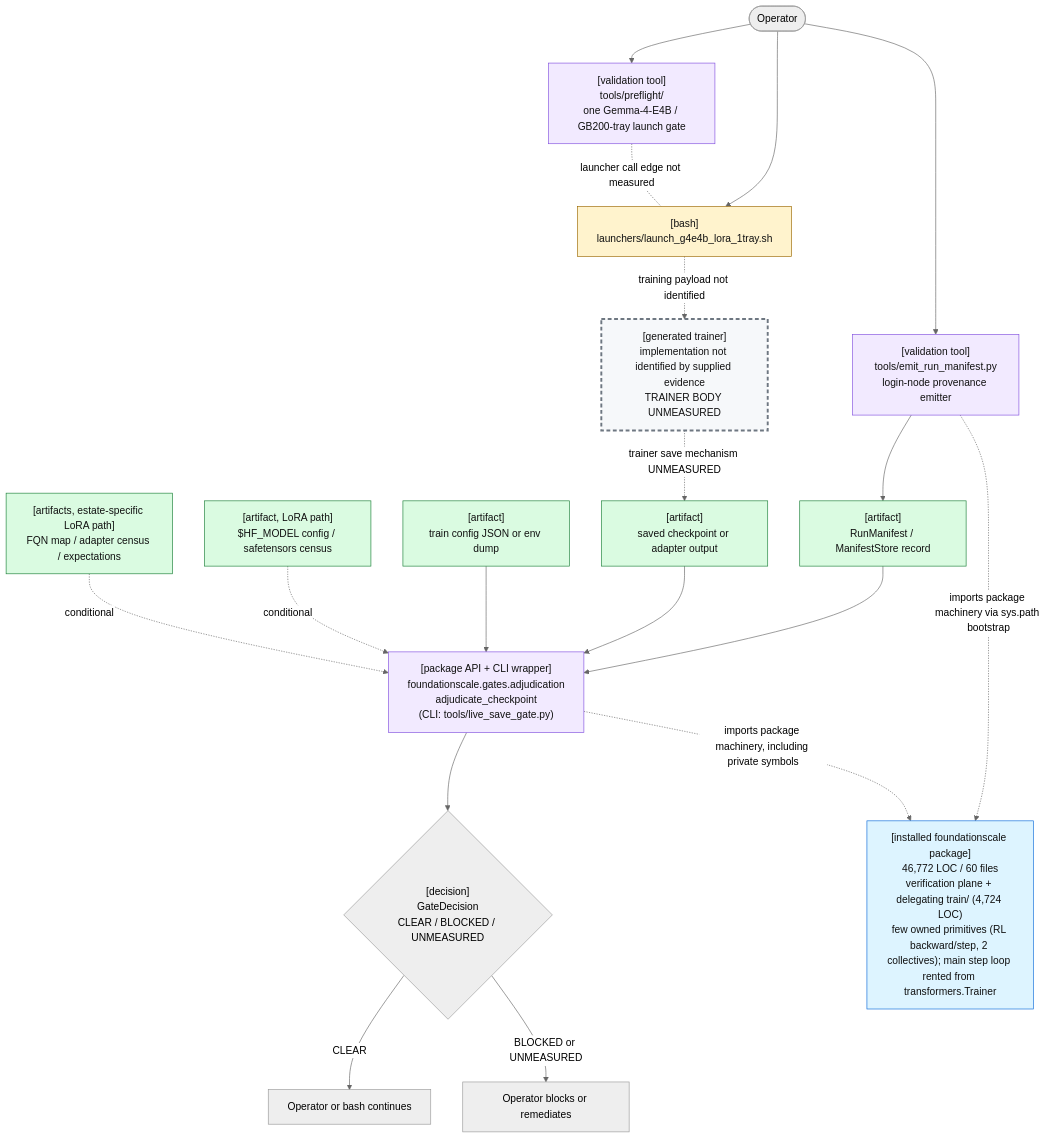
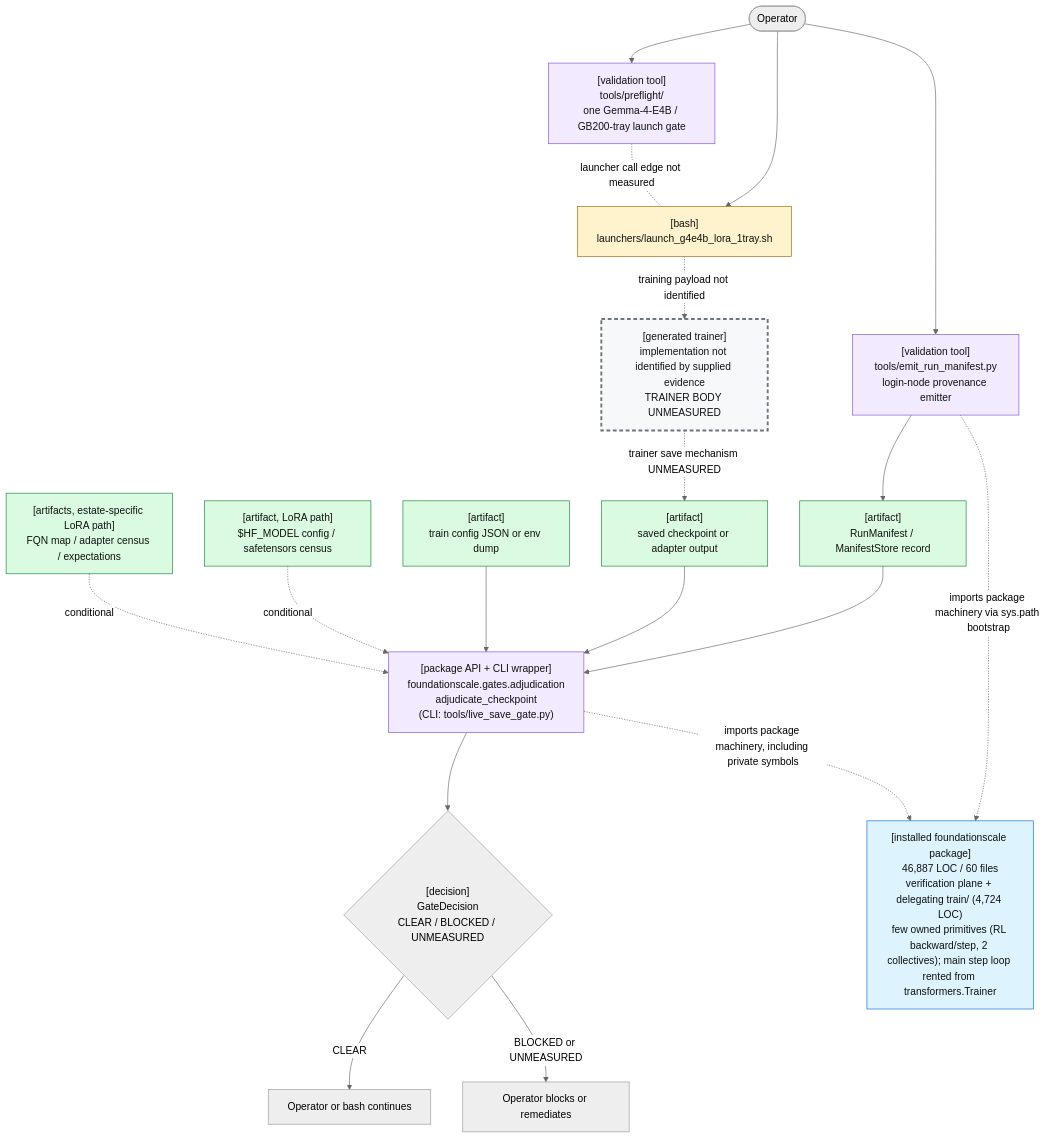
Before and after one commit to TranNhiem/FoundationScale: the first of 2 diagrams in docs/review/D2_current_architecture.md, drawn with Mermaid (neutral theme). The commit also changed other lines of this file and 15 other files, not shown here.

````diff
--- a/docs/review/D2_current_architecture.md
+++ b/docs/review/D2_current_architecture.md
@@ -25,59 +25,59 @@
 ```mermaid
 flowchart TB
   O(["Operator"])
 
   PF["[validation tool]<br/>tools/preflight/<br/>one Gemma-4-E4B / GB200-tray launch gate"]
   L["[bash]<br/>launchers/launch_g4e4b_lora_1tray.sh"]
 
   E["[validation tool]<br/>tools/emit_run_manifest.py<br/>login-node provenance emitter"]
   M["[artifact]<br/>RunManifest / ManifestStore record"]
 
   T["[generated trainer]<br/>implementation not identified by supplied evidence<br/>TRAINER BODY UNMEASURED"]
   C["[artifact]<br/>saved checkpoint or adapter output"]
 
   G["[package API + CLI wrapper]<br/>foundationscale.gates.adjudication<br/>adjudicate_checkpoint<br/>(CLI: tools/live_save_gate.py)"]
   CFG["[artifact]<br/>train config JSON or env dump"]
   BASE["[artifact, LoRA path]<br/>$HF_MODEL config / safetensors census"]
   CEN["[artifacts, estate-specific LoRA path]<br/>FQN map / adapter census / expectations"]
 
   D{"[decision]<br/>GateDecision<br/>CLEAR / BLOCKED / UNMEASURED"}
   OK["Operator or bash continues"]
   NO["Operator blocks or remediates"]
 
-  PKG["[installed foundationscale package]<br/>46,772 LOC / 60 files<br/>verification plane + delegating train/ (4,724 LOC)<br/>few owned primitives (RL backward/step, 2 collectives); main step loop rented from transformers.Trainer"]
+  PKG["[installed foundationscale package]<br/>46,887 LOC / 60 files<br/>verification plane + delegating train/ (4,724 LOC)<br/>few owned primitives (RL backward/step, 2 collectives); main step loop rented from transformers.Trainer"]
 
   O --> PF
   O --> L
   PF -. "launcher call edge not measured" .- L
 
   O --> E
   E --> M
 
   L -. "training payload not identified" .-> T
   T -. "trainer save mechanism UNMEASURED" .-> C
 
   M --> G
   C --> G
   CFG --> G
   BASE -. "conditional" .-> G
   CEN -. "conditional" .-> G
 
   E -. "imports package machinery via sys.path bootstrap" .-> PKG
   G -. "imports package machinery, including private symbols" .-> PKG
 
   G --> D
   D -->|"CLEAR"| OK
   D -->|"BLOCKED or UNMEASURED"| NO
 
   classDef bash fill:#fff3cd,stroke:#9a6700,color:#111;
   classDef tool fill:#f2eaff,stroke:#8250df,color:#111;
   classDef artifact fill:#dafbe1,stroke:#1a7f37,color:#111;
   classDef gap fill:#f6f8fa,stroke:#6e7781,stroke-width:3px,stroke-dasharray: 6 4,color:#111;
   classDef pkg fill:#ddf4ff,stroke:#0969da,color:#111;
 
   class L bash;
   class PF,E,G tool;
   class M,C,CFG,BASE,CEN artifact;
   class T gap;
   class PKG pkg;
 ```
````
